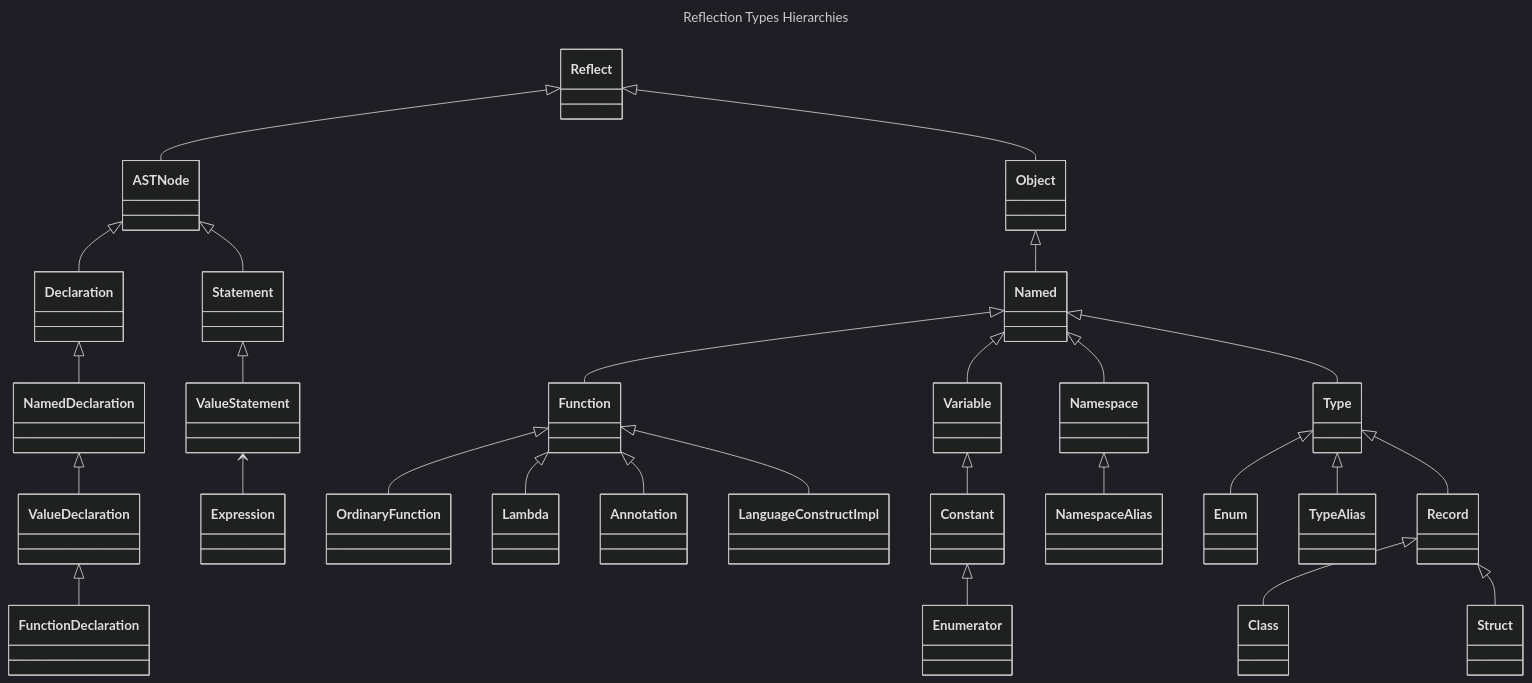
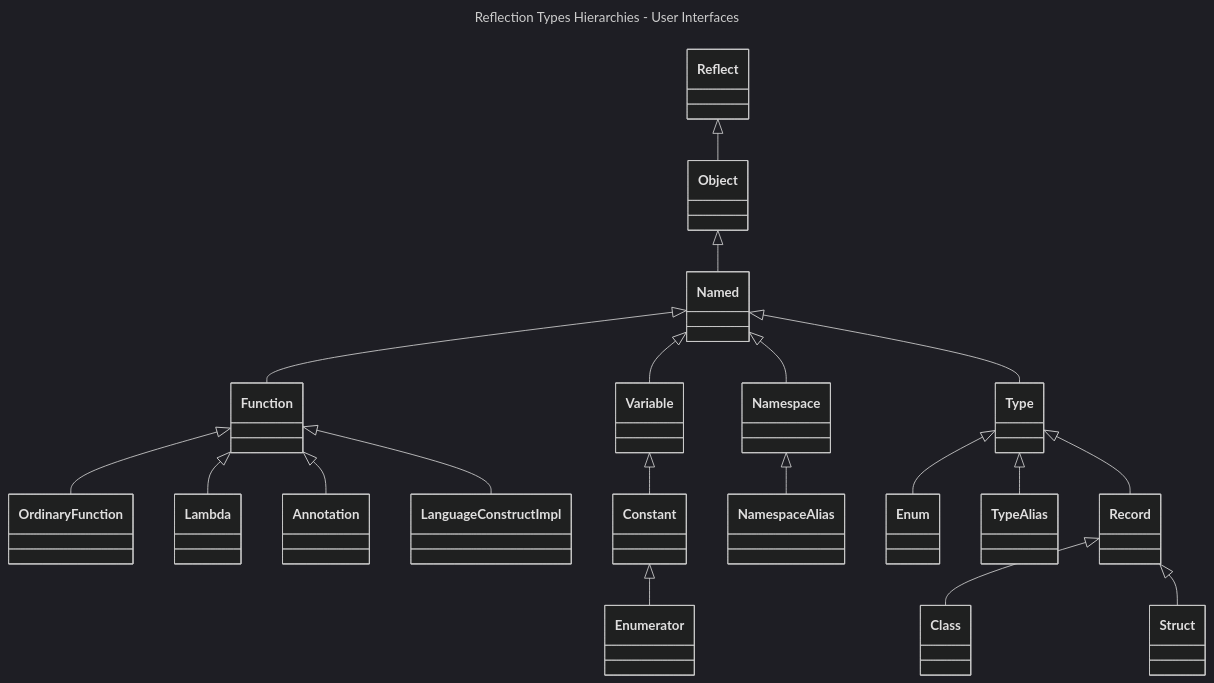
One commit to AtemLang/atem changed the first of 2 diagrams in docs/design/metaprogramming/StaticReflection.md. Above: the diagram before and after it, drawn with Mermaid (dark theme). The commit also changed other lines of this file, not shown here.

````diff
--- a/docs/design/metaprogramming/StaticReflection.md
+++ b/docs/design/metaprogramming/StaticReflection.md
@@ -7,40 +7,29 @@
 ```mermaid
 ---
-title: "Reflection Types Hierarchies"
+title: "Reflection Types Hierarchies - User Interfaces"
 ---
 classDiagram
-	Reflect <|-- ASTNode
 	Reflect <|-- Object
-	
-	ASTNode <|-- Declaration
-	Declaration <|-- NamedDeclaration
-	NamedDeclaration <|-- ValueDeclaration
-	ValueDeclaration <|-- FunctionDeclaration
-	
-	ASTNode <|-- Statement
-	
-	Statement <|-- ValueStatement
-	ValueStatement <-- Expression
 	
 	Object <|-- Named
 	
 	Named <|-- Function
 	Function <|-- OrdinaryFunction
 	Function <|-- Lambda
 	Function <|-- Annotation
 	Function <|-- LanguageConstructImpl
 	
 	Named <|-- Variable
 	Variable <|-- Constant
 	Constant <|-- Enumerator
 	
 	Named <|-- Namespace
 	Namespace <|-- NamespaceAlias
 	
 	Named <|-- Type
 	Type <|-- Enum
 	Type <|-- TypeAlias
 	Type <|-- Record
 	Record <|-- Class
 	Record <|-- Struct
 ```
````
